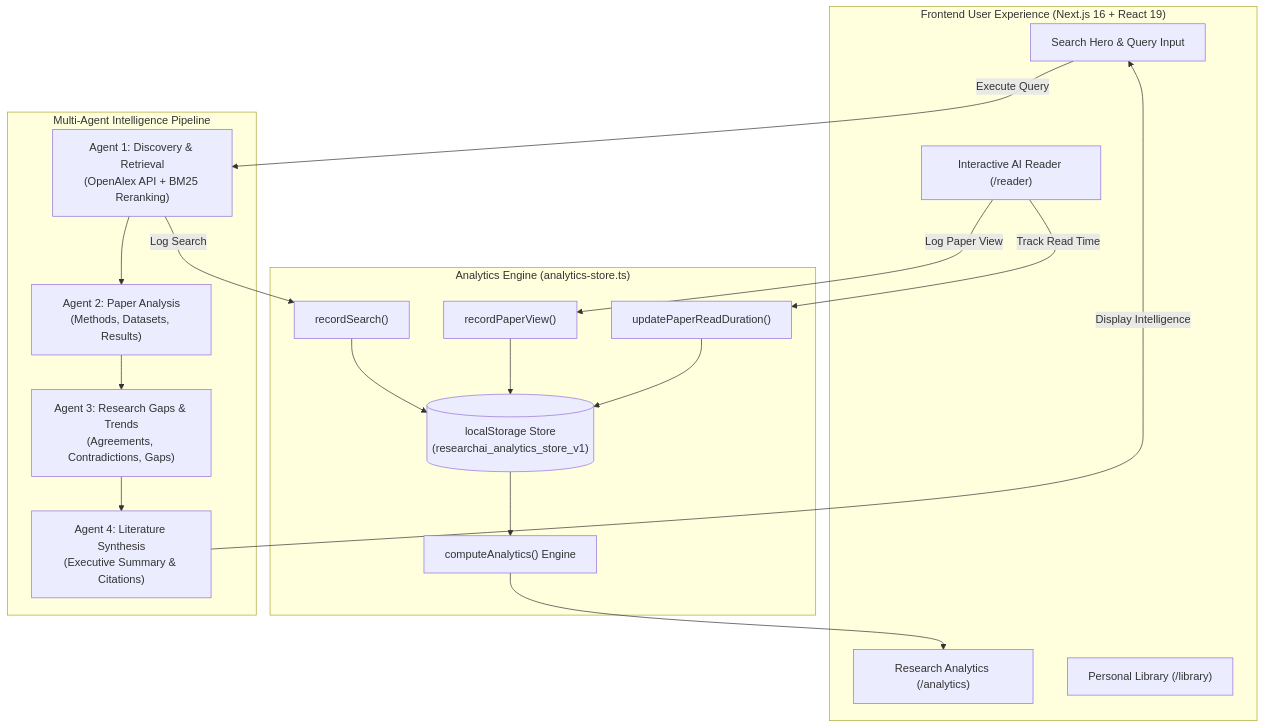
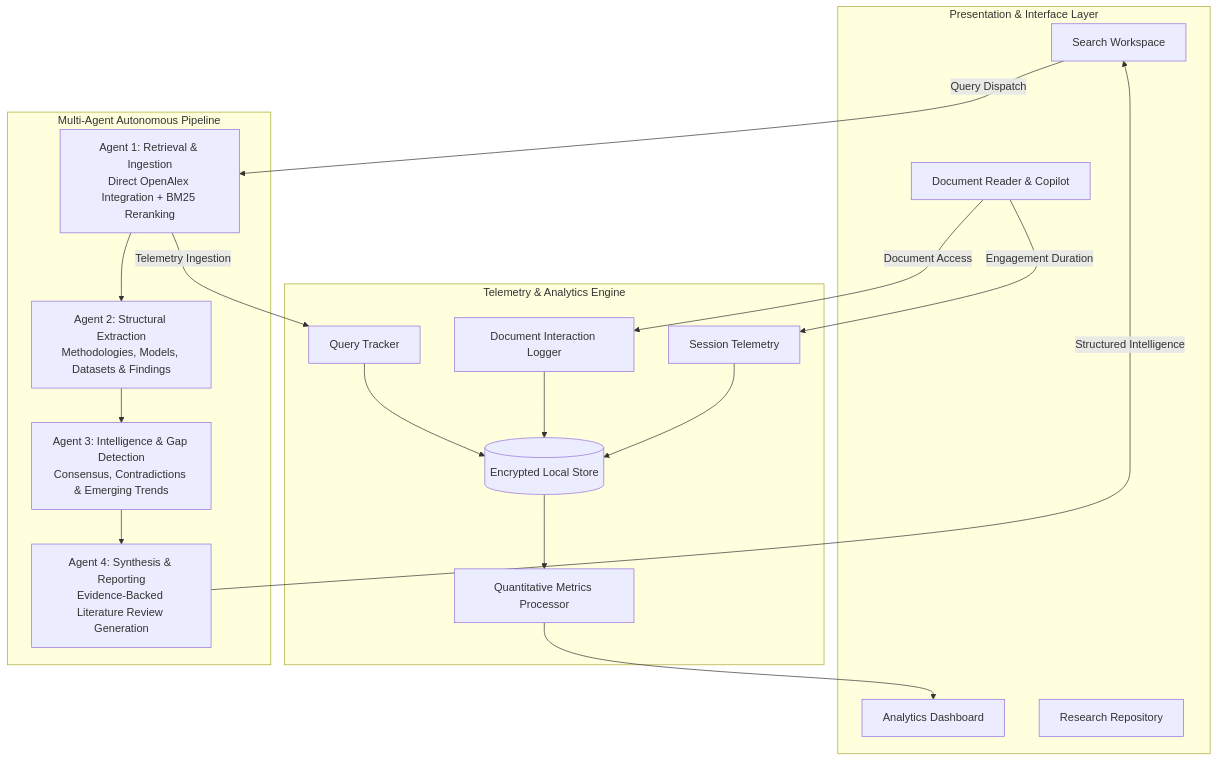
The diagram in README.md (wadekarharshvardhan/researchAI), drawn with Mermaid before and after one commit. The commit also changed other lines of this file, not shown here.

Commit message:
docs: overhaul README with enterprise-focused platform description and updated architecture diagrams

````diff
--- a/README.md
+++ b/README.md
@@ -81,38 +37,38 @@
 ```mermaid
-flowchart TB
-    subgraph UI["Frontend User Experience (Next.js 16 + React 19)"]
-        SearchHero["Search Hero & Query Input"]
-        ReaderView["Interactive AI Reader (/reader)"]
-        AnalyticsView["Research Analytics (/analytics)"]
-        LibraryView["Personal Library (/library)"]
+flowchart TD
+    subgraph Client["Presentation & Interface Layer"]
+        UI_Search["Search Workspace"]
+        UI_Reader["Document Reader & Copilot"]
+        UI_Analytics["Analytics Dashboard"]
+        UI_Library["Research Repository"]
     end
 
-    subgraph AnalyticsEngine["Analytics Engine (analytics-store.ts)"]
-        SearchLogger["recordSearch()"]
-        ViewLogger["recordPaperView()"]
-        ReadTimer["updatePaperReadDuration()"]
-        CalcEngine["computeAnalytics() Engine"]
-        LocalStore[("localStorage Store\n(researchai_analytics_store_v1)")]
-        
-        SearchLogger --> LocalStore
-        ViewLogger --> LocalStore
-        ReadTimer --> LocalStore
-        LocalStore --> CalcEngine
-        CalcEngine --> AnalyticsView
+    subgraph AnalyticsEngine["Telemetry & Analytics Engine"]
+        Log_Search["Query Tracker"]
+        Log_View["Document Interaction Logger"]
+        Log_Duration["Session Telemetry"]
+        Store_Local[("Encrypted Local Store")]
+        Compute_Metrics["Quantitative Metrics Processor"]
+
+        Log_Search --> Store_Local
+        Log_View --> Store_Local
+        Log_Duration --> Store_Local
+        Store_Local --> Compute_Metrics
+        Compute_Metrics --> UI_Analytics
     end
 
-    subgraph AgentPipeline["Multi-Agent Intelligence Pipeline"]
-        A1["Agent 1: Discovery & Retrieval\n(OpenAlex API + BM25 Reranking)"]
-        A2["Agent 2: Paper Analysis\n(Methods, Datasets, Results)"]
-        A3["Agent 3: Research Gaps & Trends\n(Agreements, Contradictions, Gaps)"]
-        A4["Agent 4: Literature Synthesis\n(Executive Summary & Citations)"]
-        
-        A1 --> A2 --> A3 --> A4
+    subgraph AgentPipeline["Multi-Agent Autonomous Pipeline"]
+        Agent1["Agent 1: Retrieval & Ingestion\nDirect OpenAlex Integration + BM25 Reranking"]
+        Agent2["Agent 2: Structural Extraction\nMethodologies, Models, Datasets & Findings"]
+        Agent3["Agent 3: Intelligence & Gap Detection\nConsensus, Contradictions & Emerging Trends"]
+        Agent4["Agent 4: Synthesis & Reporting\nEvidence-Backed Literature Review Generation"]
+
+        Agent1 --> Agent2 --> Agent3 --> Agent4
     end
 
-    SearchHero -->|Execute Query| A1
-    A1 -->|Log Search| SearchLogger
-    ReaderView -->|Log Paper View| ViewLogger
-    ReaderView -->|Track Read Time| ReadTimer
-    A4 -->|Display Intelligence| SearchHero
+    UI_Search -->|Query Dispatch| Agent1
+    Agent1 -->|Telemetry Ingestion| Log_Search
+    UI_Reader -->|Document Access| Log_View
+    UI_Reader -->|Engagement Duration| Log_Duration
+    Agent4 -->|Structured Intelligence| UI_Search
 ```
````
